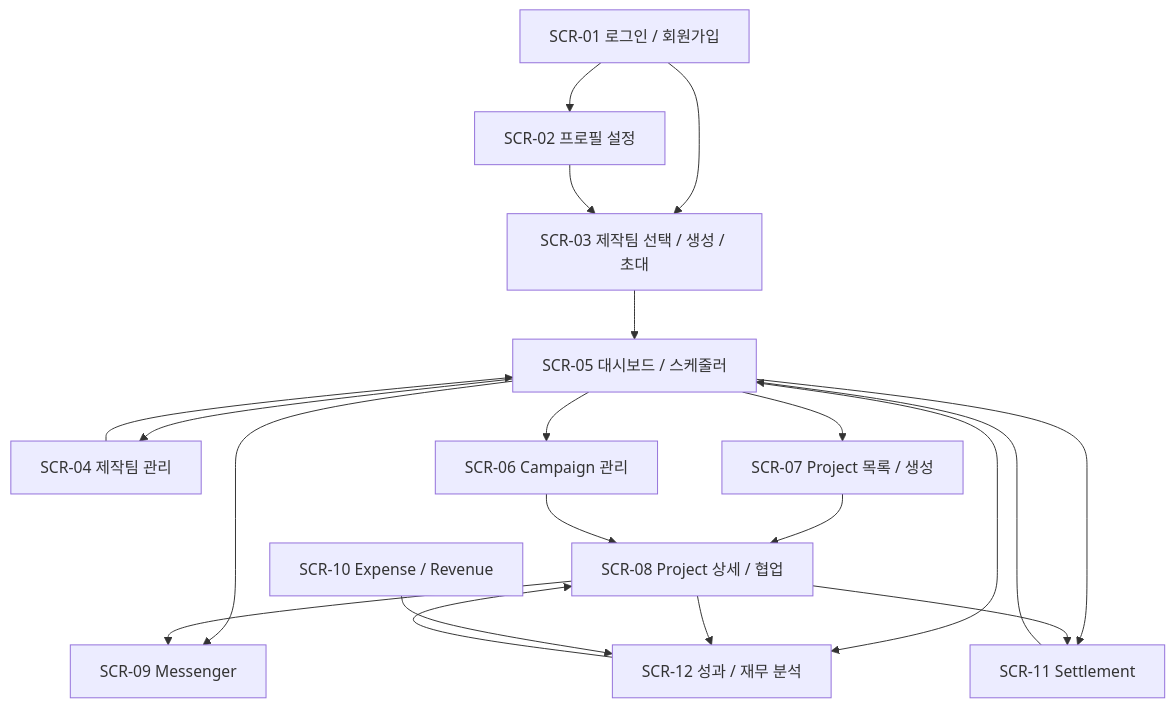
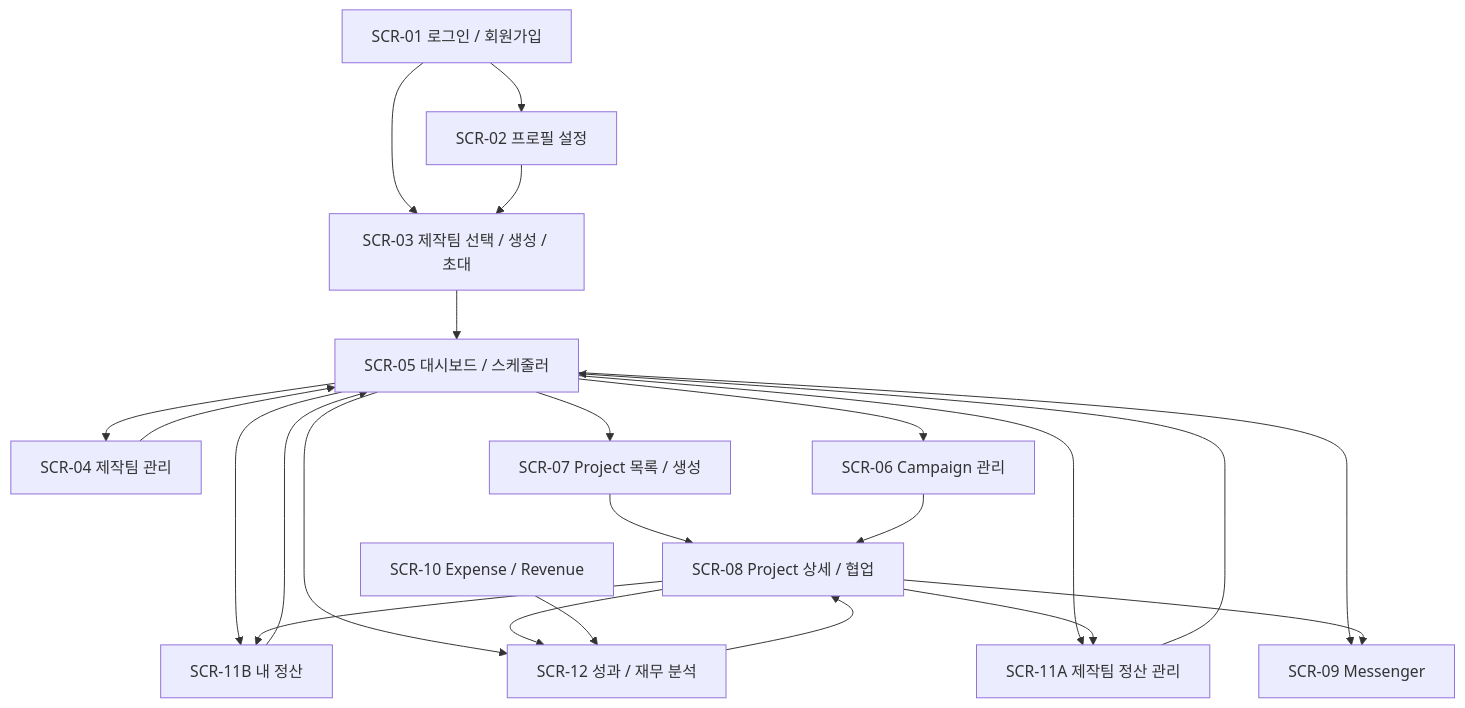
One commit to heebaek200/yms-project changed the diagram in docs/design/화면 설계.md. Above: the diagram before and after it, drawn with Mermaid. The commit also changed other lines of this file and 14 other files, not shown here.

````diff
--- a/docs/design/화면 설계.md
+++ b/docs/design/화면 설계.md
@@ -1054,38 +1142,42 @@
 ```mermaid
 flowchart TD
     A[SCR-01 로그인 / 회원가입]
     B[SCR-02 프로필 설정]
     C[SCR-03 제작팀 선택 / 생성 / 초대]
     D[SCR-05 대시보드 / 스케줄러]
     E[SCR-04 제작팀 관리]
     F[SCR-06 Campaign 관리]
     G[SCR-07 Project 목록 / 생성]
     H[SCR-08 Project 상세 / 협업]
     I[SCR-09 Messenger]
     J[SCR-10 Expense / Revenue]
-    K[SCR-11 Settlement]
+    K1[SCR-11A 제작팀 정산 관리]
+    K2[SCR-11B 내 정산]
     L[SCR-12 성과 / 재무 분석]
 
     A --> B
     A --> C
     B --> C
     C --> D
 
     D --> E
     D --> F
     D --> G
     D --> I
-    D --> K
+    D --> K1
+    D --> K2
     D --> L
 
     G --> H
     F --> H
     H --> I
-    H --> K
+    H --> K1
+    H --> K2
     H --> L
 
     E --> D
     J --> L
-    K --> D
+    K1 --> D
+    K2 --> D
     L --> H
 ```
````
